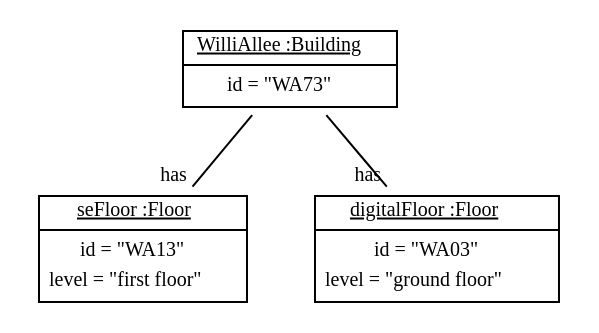
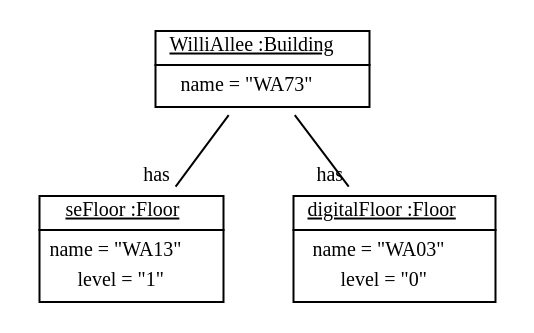
One commit to fujaba/SDMLib changed the diagram in doc/specificgenericobjectdiag.dot. Above: the diagram before and after it, drawn with Graphviz. The commit also changed 35 other files, not shown here.

```diff
--- a/doc/specificgenericobjectdiag.dot
+++ b/doc/specificgenericobjectdiag.dot
@@ -1,11 +1,11 @@
 graph ObjectDiagram {
    node [shape = none, fontsize = 10];
    edge [fontsize = 10];
 
-WilliAllee [label=<<table border='0' cellborder='1' cellspacing='0'> <tr> <td> <u>WilliAllee :Building</u></td></tr><tr><td><table border='0' cellborder='0' cellspacing='0'><tr><td>id = "WA73"</td></tr></table></td></tr></table>>];
-seFloor [label=<<table border='0' cellborder='1' cellspacing='0'> <tr> <td> <u>seFloor :Floor</u></td></tr><tr><td><table border='0' cellborder='0' cellspacing='0'><tr><td>id = "WA13"</td></tr><tr><td>level = "first floor"</td></tr></table></td></tr></table>>];
-digitalFloor [label=<<table border='0' cellborder='1' cellspacing='0'> <tr> <td> <u>digitalFloor :Floor</u></td></tr><tr><td><table border='0' cellborder='0' cellspacing='0'><tr><td>id = "WA03"</td></tr><tr><td>level = "ground floor"</td></tr></table></td></tr></table>>];
+WilliAllee [label=<<table border='0' cellborder='1' cellspacing='0'> <tr> <td> <u>WilliAllee :Building</u></td></tr><tr><td><table border='0' cellborder='0' cellspacing='0'><tr><td>name = "WA73"</td></tr></table></td></tr></table>>];
+seFloor [label=<<table border='0' cellborder='1' cellspacing='0'> <tr> <td> <u>seFloor :Floor</u></td></tr><tr><td><table border='0' cellborder='0' cellspacing='0'><tr><td>name = "WA13"</td></tr><tr><td>level = "1"</td></tr></table></td></tr></table>>];
+digitalFloor [label=<<table border='0' cellborder='1' cellspacing='0'> <tr> <td> <u>digitalFloor :Floor</u></td></tr><tr><td><table border='0' cellborder='0' cellspacing='0'><tr><td>name = "WA03"</td></tr><tr><td>level = "0"</td></tr></table></td></tr></table>>];
 
 WilliAllee -- seFloor [headlabel = "has" taillabel = " "];
 WilliAllee -- digitalFloor [headlabel = "has" taillabel = " "];
 }
```
